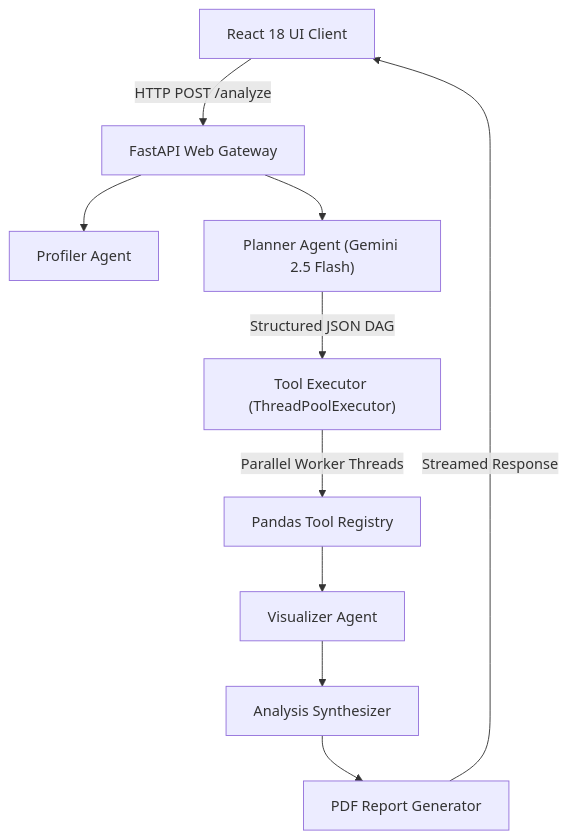
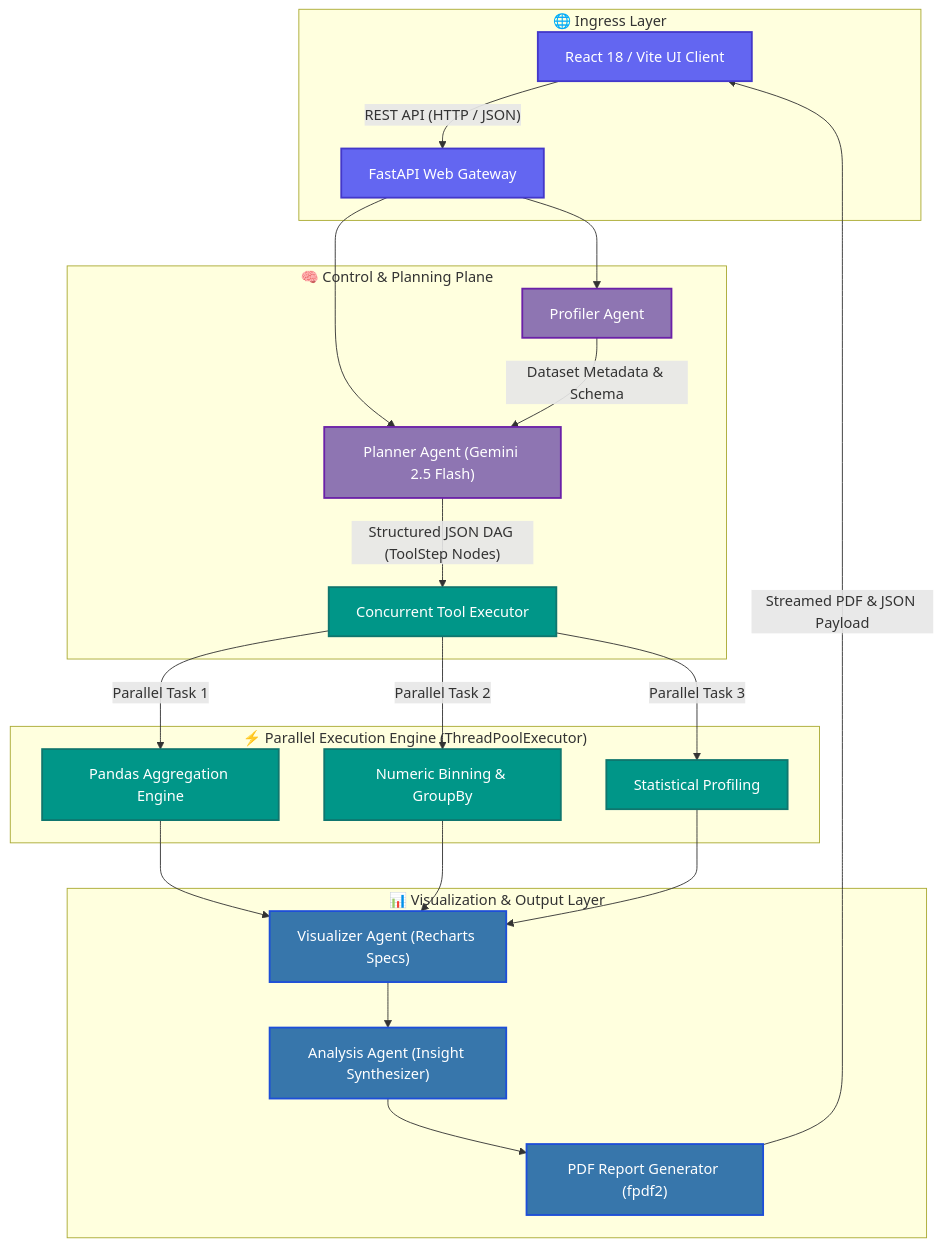
One commit to Reya-Doshi/Cortex changed the diagram in README.md. Above: the diagram before and after it, drawn with Mermaid. The commit also changed other lines of this file, not shown here.

Commit message:
docs: upgrade README with simple bio, tech stack table, and mermaid architecture diagram

````diff
--- a/README.md
+++ b/README.md
@@ -95,12 +57,36 @@
 ```mermaid
 graph TD
-    Client["React 18 UI Client"] -->|"HTTP POST /analyze"| Gateway["FastAPI Web Gateway"]
-    Gateway --> Profiler["Profiler Agent"]
-    Gateway --> Planner["Planner Agent (Gemini 2.5 Flash)"]
-    Planner -->|"Structured JSON DAG"| Executor["Tool Executor (ThreadPoolExecutor)"]
-    Executor -->|"Parallel Worker Threads"| Aggregators["Pandas Tool Registry"]
-    Aggregators --> Visualizer["Visualizer Agent"]
-    Visualizer --> Synthesizer["Analysis Synthesizer"]
-    Synthesizer --> Exporter["PDF Report Generator"]
-    Exporter -->|"Streamed Response"| Client
+    subgraph Ingress["🌐 Ingress Layer"]
+        UI["React 18 / Vite UI Client"] -->|"REST API (HTTP / JSON)"| Gateway["FastAPI Web Gateway"]
+    end
+
+    subgraph ControlPlane["🧠 Control & Planning Plane"]
+        Gateway --> Profiler["Profiler Agent"]
+        Gateway --> Planner["Planner Agent (Gemini 2.5 Flash)"]
+        Profiler -->|"Dataset Metadata & Schema"| Planner
+        Planner -->|"Structured JSON DAG (ToolStep Nodes)"| Executor["Concurrent Tool Executor"]
+    end
+
+    subgraph ExecutionEngine["⚡ Parallel Execution Engine (ThreadPoolExecutor)"]
+        Executor -->|"Parallel Task 1"| Thread1["Pandas Aggregation Engine"]
+        Executor -->|"Parallel Task 2"| Thread2["Numeric Binning & GroupBy"]
+        Executor -->|"Parallel Task 3"| Thread3["Statistical Profiling"]
+    end
+
+    subgraph OutputLayer["📊 Visualization & Output Layer"]
+        Thread1 & Thread2 & Thread3 --> Visualizer["Visualizer Agent (Recharts Specs)"]
+        Visualizer --> Synthesizer["Analysis Agent (Insight Synthesizer)"]
+        Synthesizer --> PDFExporter["PDF Report Generator (fpdf2)"]
+        PDFExporter -->|"Streamed PDF & JSON Payload"| UI
+    end
+
+    classDef ingress fill:#6366f1,stroke:#4338ca,color:#fff,stroke-width:2px;
+    classDef control fill:#8e75b2,stroke:#6b21a8,color:#fff,stroke-width:2px;
+    classDef exec fill:#009688,stroke:#0f766e,color:#fff,stroke-width:2px;
+    classDef output fill:#3776ab,stroke:#1d4ed8,color:#fff,stroke-width:2px;
+
+    class UI,Gateway ingress;
+    class Profiler,Planner control;
+    class Executor,Thread1,Thread2,Thread3 exec;
+    class Visualizer,Synthesizer,PDFExporter output;
 ```
````
